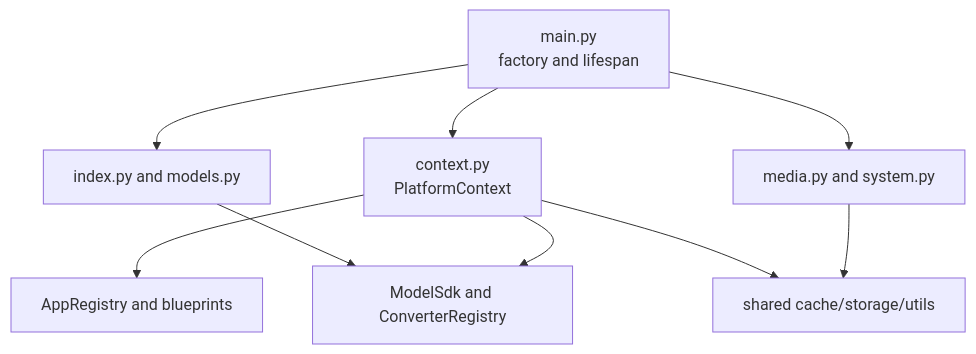
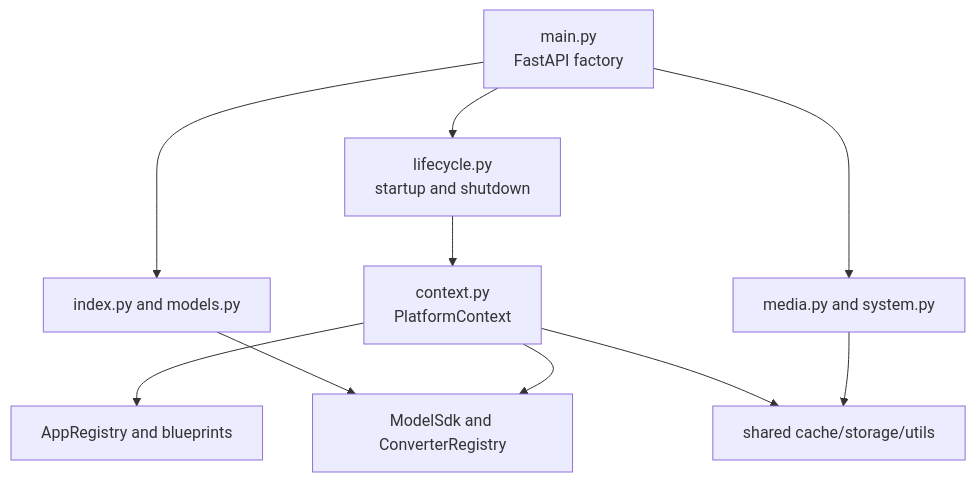
Before and after one commit to devilyouwei/hugging-mac: the first of 3 diagrams in apps/web/backend/src/hugging_mac_web/README.md, drawn with Mermaid. The commit also changed other lines of this file and 107 other files, not shown here.

````diff
--- a/apps/web/backend/src/hugging_mac_web/README.md
+++ b/apps/web/backend/src/hugging_mac_web/README.md
@@ -24,19 +24,21 @@
 ```mermaid
 flowchart TB
-    MAIN[main.py<br/>factory and lifespan]
+    MAIN[main.py<br/>FastAPI factory]
+    LIFE[lifecycle.py<br/>startup and shutdown]
     CTX[context.py<br/>PlatformContext]
     SDK[ModelSdk and ConverterRegistry]
     APPS[AppRegistry and blueprints]
     CATALOG[index.py and models.py]
     MEDIA[media.py and system.py]
     SHARED[shared cache/storage/utils]
 
-    MAIN --> CTX
+    MAIN --> LIFE
+    LIFE --> CTX
     CTX --> SDK
     CTX --> APPS
     MAIN --> CATALOG
     MAIN --> MEDIA
     CATALOG --> SDK
     MEDIA --> SHARED
     CTX --> SHARED
 ```
````
